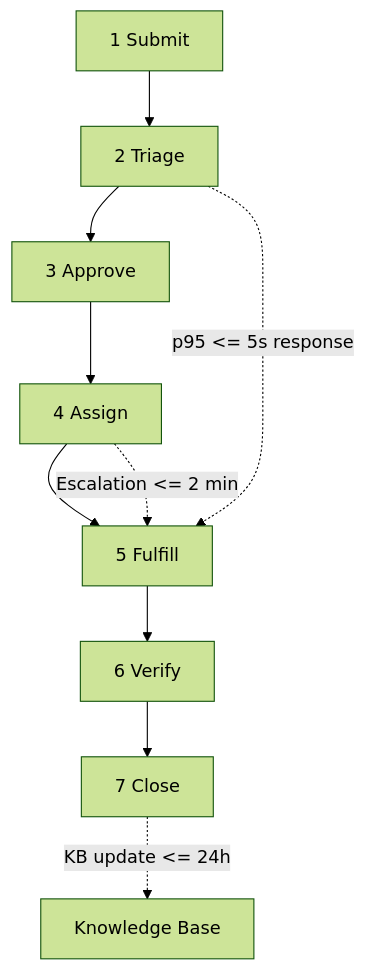
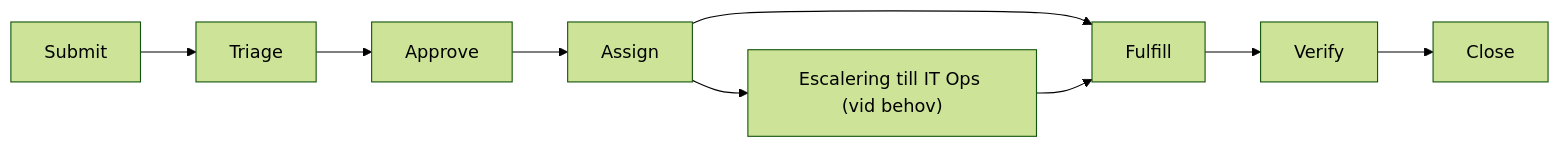
Before and after one commit to itsimonfredlingjack/nordiq-sejfa: the diagram in docs/02-service-levels.md, drawn with Mermaid (forest theme). The commit also changed other lines of this file and 3 other files, not shown here.

````diff
--- a/docs/02-service-levels.md
+++ b/docs/02-service-levels.md
@@ -27,13 +50,12 @@
 ```mermaid
-flowchart TB
-    A["1 Submit"] --> B["2 Triage"]
-    B --> C["3 Approve"]
-    C --> D["4 Assign"]
-    D --> E["5 Fulfill"]
-    E --> F["6 Verify"]
-    F --> G["7 Close"]
+flowchart LR
+    A["Submit"] --> B["Triage"]
+    B --> C["Approve"]
+    C --> D["Assign"]
+    D --> E["Fulfill"]
+    E --> F["Verify"]
+    F --> G["Close"]
 
-    B -. "p95 <= 5s response" .-> E
-    D -. "Escalation <= 2 min" .-> E
-    G -. "KB update <= 24h" .-> H["Knowledge Base"]
+    D --> H["Escalering till IT Ops (vid behov)"]
+    H --> E
 ```
````
